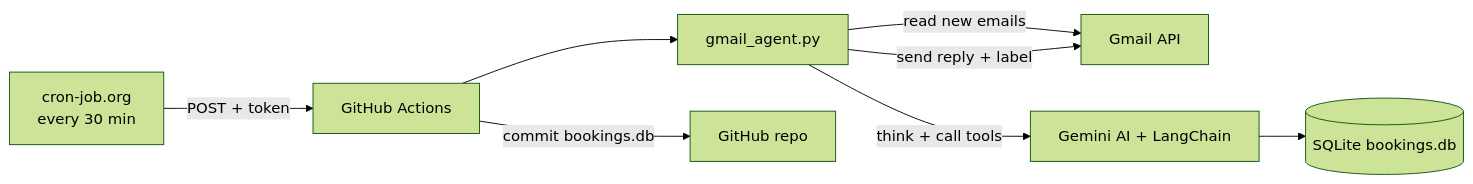
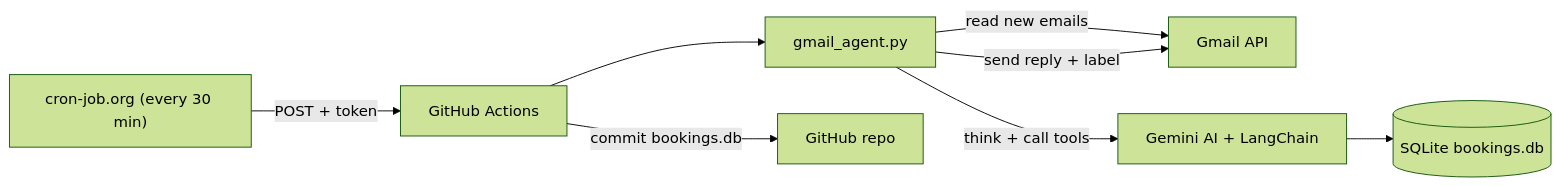
Before and after one commit to abdulsattar-awan/Gmail-ai-auto-reply: the diagram in Readme.md, drawn with Mermaid (forest theme).

Commit message:
Fix README diagram rendering

````diff
--- a/Readme.md
+++ b/Readme.md
@@ -7,10 +7,10 @@
 ```mermaid
 flowchart LR
-    A[cron-job.org<br/>every 30 min] -->|POST + token| B[GitHub Actions]
-    B --> C[gmail_agent.py]
-    C -->|read new emails| D[Gmail API]
-    C -->|think + call tools| E[Gemini AI + LangChain]
-    E --> F[(SQLite bookings.db)]
-    C -->|send reply + label| D
-    B -->|commit bookings.db| G[GitHub repo]
+    A["cron-job.org (every 30 min)"] -->|"POST + token"| B["GitHub Actions"]
+    B --> C["gmail_agent.py"]
+    C -->|"read new emails"| D["Gmail API"]
+    C -->|"think + call tools"| E["Gemini AI + LangChain"]
+    E --> F[("SQLite bookings.db")]
+    C -->|"send reply + label"| D
+    B -->|"commit bookings.db"| G["GitHub repo"]
 ```
````
